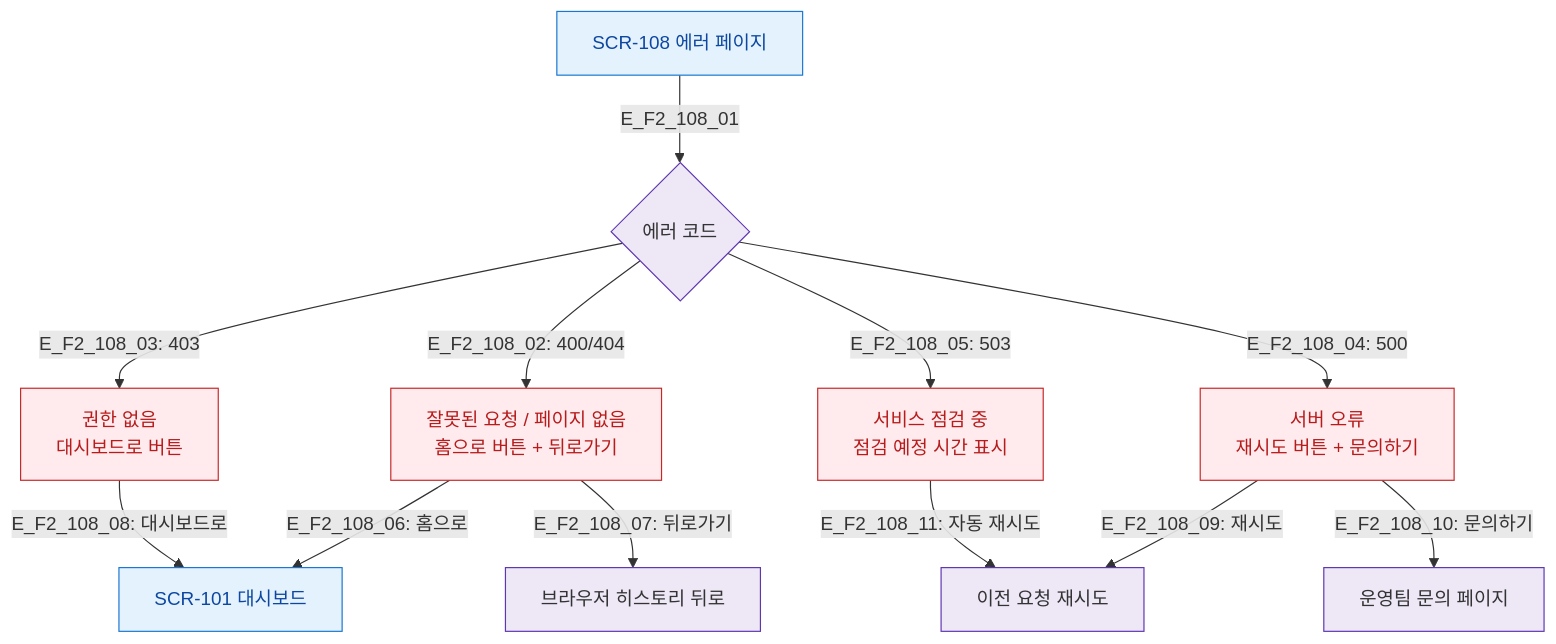
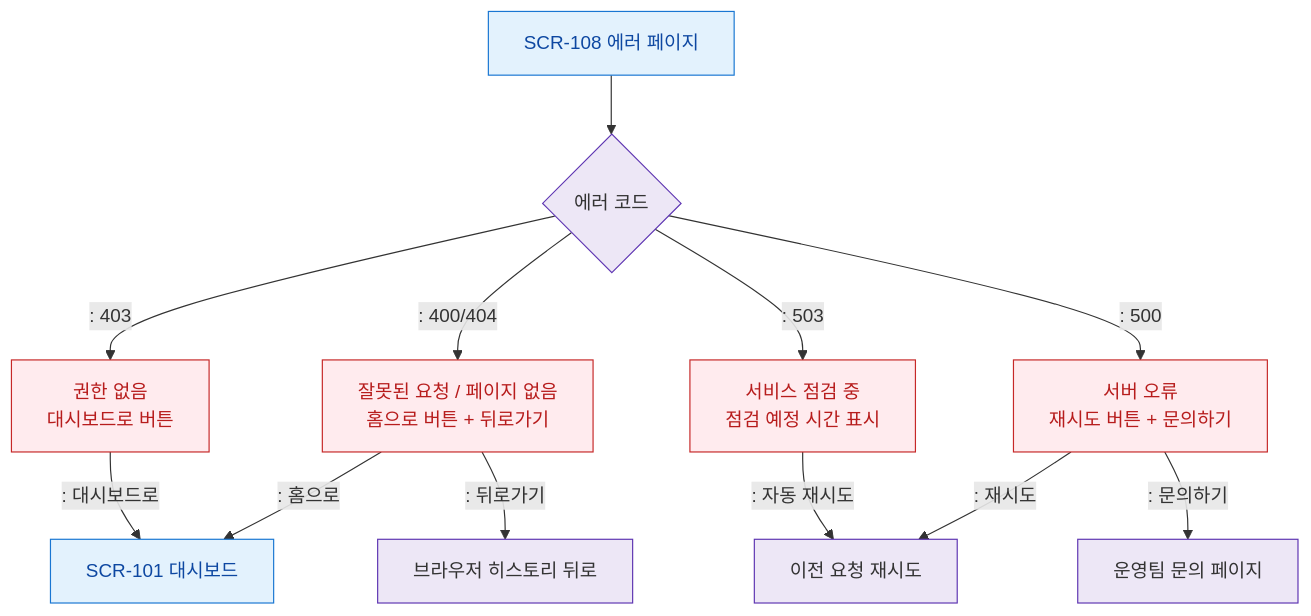
Before and after one commit to dev-spogym/admin-pando: the diagram in docs/다이어그램/D01_공통/SCR-108_에러페이지/F2_메인.md, drawn with Mermaid. The commit also changed other lines of this file and 1660 other files, not shown here.

First line of the commit message:
다이어그램: 기획자/클라이언트 납품본으로 정리

````diff
--- a/docs/다이어그램/D01_공통/SCR-108_에러페이지/F2_메인.md
+++ b/docs/다이어그램/D01_공통/SCR-108_에러페이지/F2_메인.md
@@ -19,23 +17,23 @@
 ```mermaid
 flowchart TD
-    SCR_108[SCR-108 에러 페이지] -->|E_F2_108_01| ERR_CODE{에러 코드}
+    SCR_108[SCR-108 에러 페이지] --> ERR_CODE{에러 코드}
 
-    ERR_CODE -->|"E_F2_108_02: 400/404"| PAGE_404[잘못된 요청 / 페이지 없음\n홈으로 버튼 + 뒤로가기]
-    ERR_CODE -->|"E_F2_108_03: 403"| PAGE_403[권한 없음\n대시보드로 버튼]
-    ERR_CODE -->|"E_F2_108_04: 500"| PAGE_500[서버 오류\n재시도 버튼 + 문의하기]
-    ERR_CODE -->|"E_F2_108_05: 503"| PAGE_503[서비스 점검 중\n점검 예정 시간 표시]
+    ERR_CODE -->|": 400/404"|PAGE_404[잘못된 요청 / 페이지 없음\n홈으로 버튼 + 뒤로가기]
+    ERR_CODE -->|": 403"|PAGE_403[권한 없음\n대시보드로 버튼]
+    ERR_CODE -->|": 500"|PAGE_500[서버 오류\n재시도 버튼 + 문의하기]
+    ERR_CODE -->|": 503"|PAGE_503[서비스 점검 중\n점검 예정 시간 표시]
 
-    PAGE_404 -->|"E_F2_108_06: 홈으로"| SCR_101[SCR-101 대시보드]
-    PAGE_404 -->|"E_F2_108_07: 뒤로가기"| BACK[브라우저 히스토리 뒤로]
-    PAGE_403 -->|"E_F2_108_08: 대시보드로"| SCR_101
-    PAGE_500 -->|"E_F2_108_09: 재시도"| RETRY[이전 요청 재시도]
-    PAGE_500 -->|"E_F2_108_10: 문의하기"| SUPPORT[운영팀 문의 페이지]
-    PAGE_503 -->|"E_F2_108_11: 자동 재시도"| RETRY
+    PAGE_404 -->|": 홈으로"|SCR_101[SCR-101 대시보드]
+    PAGE_404 -->|": 뒤로가기"|BACK[브라우저 히스토리 뒤로]
+    PAGE_403 -->|": 대시보드로"|SCR_101
+    PAGE_500 -->|": 재시도"|RETRY[이전 요청 재시도]
+    PAGE_500 -->|": 문의하기"|SUPPORT[운영팀 문의 페이지]
+    PAGE_503 -->|": 자동 재시도"|RETRY
 
-    classDef screen  fill:#E3F2FD,stroke:#1976D2,color:#0D47A1
-    classDef error   fill:#FFEBEE,stroke:#C62828,color:#B71C1C
-    classDef system  fill:#EDE7F6,stroke:#5E35B2
+    classDef screen fill:#E3F2FD,stroke:#1976D2,color:#0D47A1
+    classDef error fill:#FFEBEE,stroke:#C62828,color:#B71C1C
+    classDef system fill:#EDE7F6,stroke:#5E35B2
     class SCR_108,SCR_101 screen
     class PAGE_404,PAGE_403,PAGE_500,PAGE_503 error
     class ERR_CODE,RETRY,BACK,SUPPORT system
 ```
````
